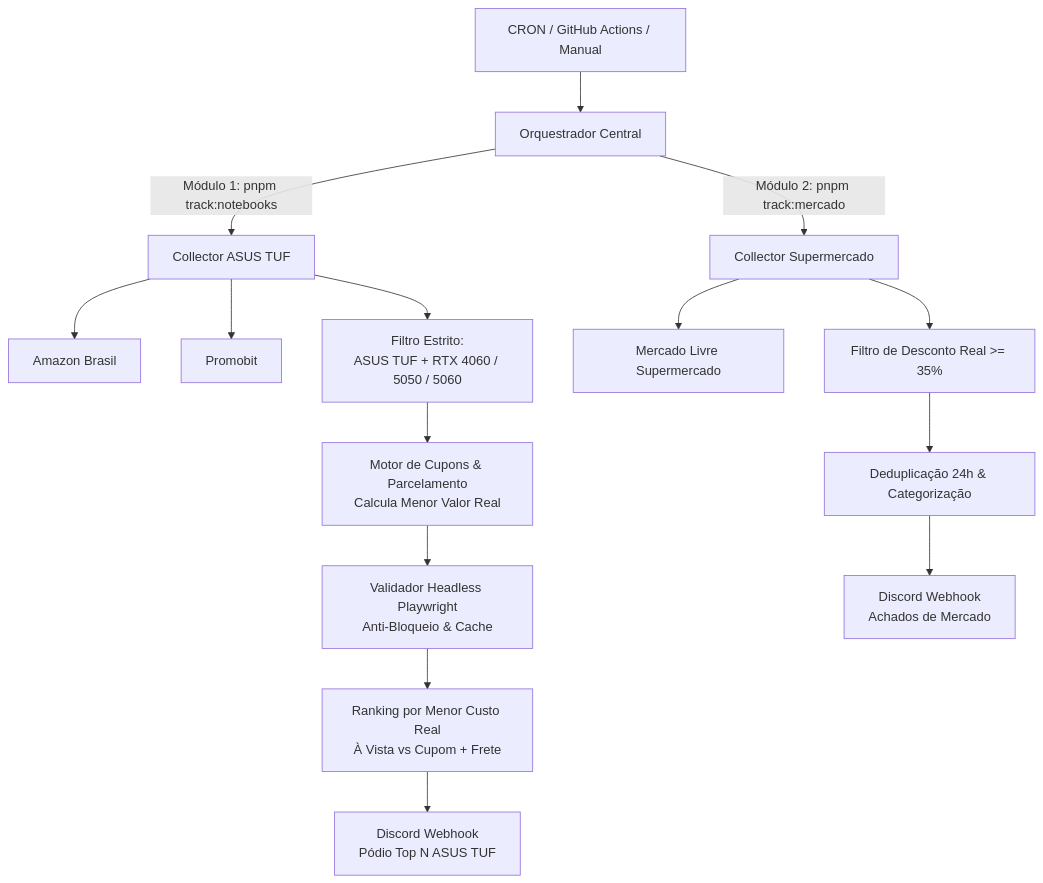
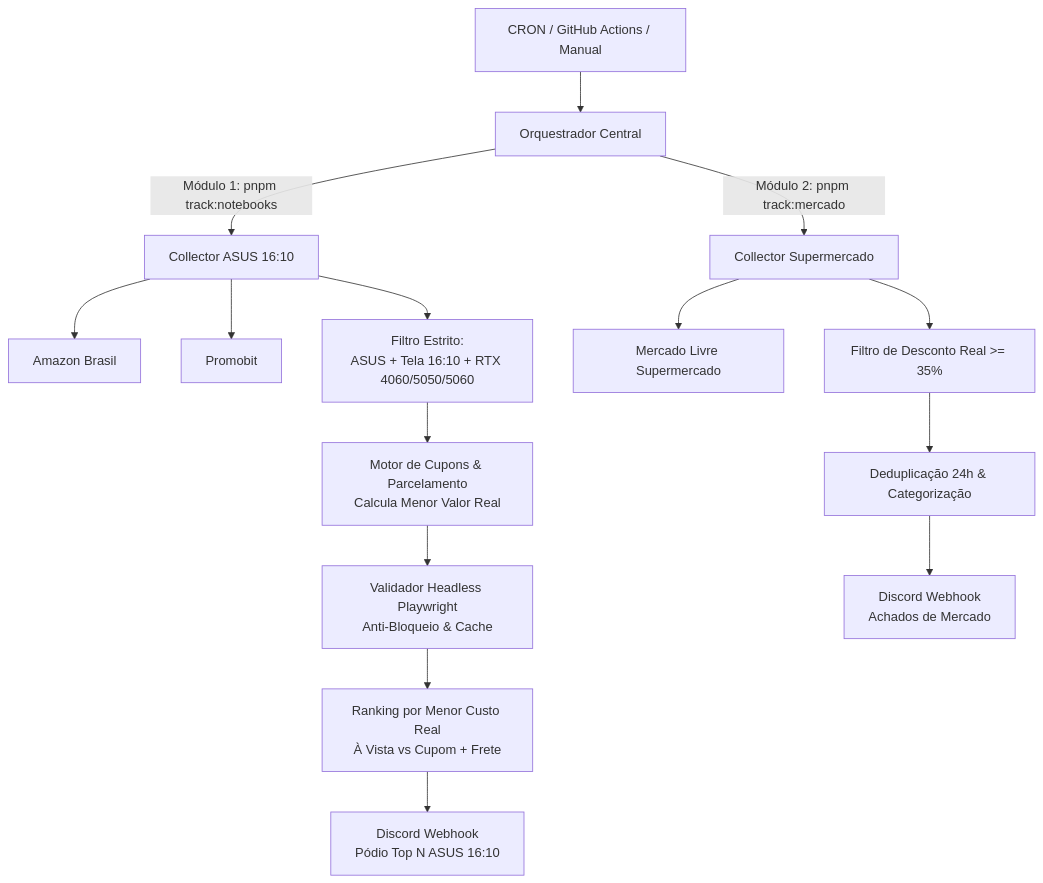
Before and after one commit to AdleyRodrigues/price-tracker: the diagram in README.md, drawn with Mermaid. The commit also changed other lines of this file and 19 other files, not shown here.

````diff
--- a/README.md
+++ b/README.md
@@ -39,23 +39,23 @@
 ```mermaid
 graph TD
     A[CRON / GitHub Actions / Manual] --> B[Orquestrador Central]
-    B -->|Módulo 1: pnpm track:notebooks| C[Collector ASUS TUF]
+    B -->|Módulo 1: pnpm track:notebooks| C[Collector ASUS 16:10]
     B -->|Módulo 2: pnpm track:mercado| D[Collector Supermercado]
     
     C --> E[Amazon Brasil]
     C --> F[Promobit]
     
     D --> G[Mercado Livre Supermercado]
     
-    C --> H[Filtro Estrito:<br/>ASUS TUF + RTX 4060 / 5050 / 5060]
+    C --> H[Filtro Estrito:<br/>ASUS + Tela 16:10 + RTX 4060/5050/5060]
     D --> I[Filtro de Desconto Real >= 35%]
     
     H --> J[Motor de Cupons & Parcelamento<br/>Calcula Menor Valor Real]
     J --> K[Validador Headless Playwright<br/>Anti-Bloqueio & Cache]
     
     K --> L[Ranking por Menor Custo Real<br/>À Vista vs Cupom + Frete]
     I --> M[Deduplicação 24h & Categorização]
     
-    L --> N[Discord Webhook<br/>Pódio Top N ASUS TUF]
+    L --> N[Discord Webhook<br/>Pódio Top N ASUS 16:10]
     M --> O[Discord Webhook<br/>Achados de Mercado]
 ```
````
